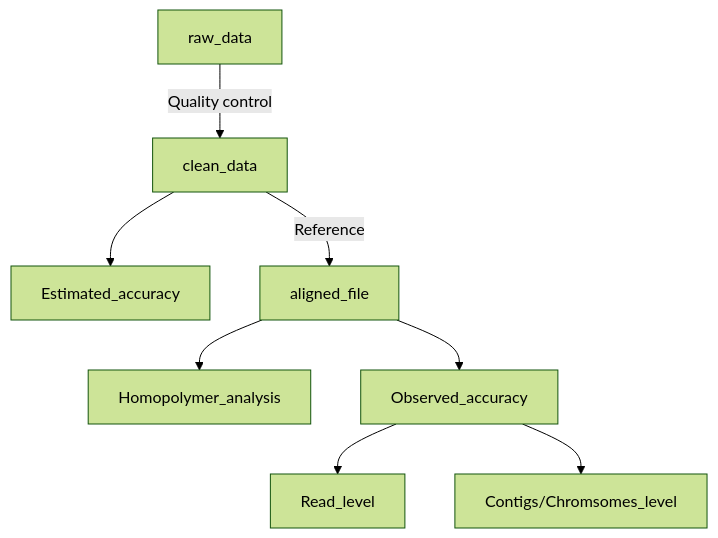
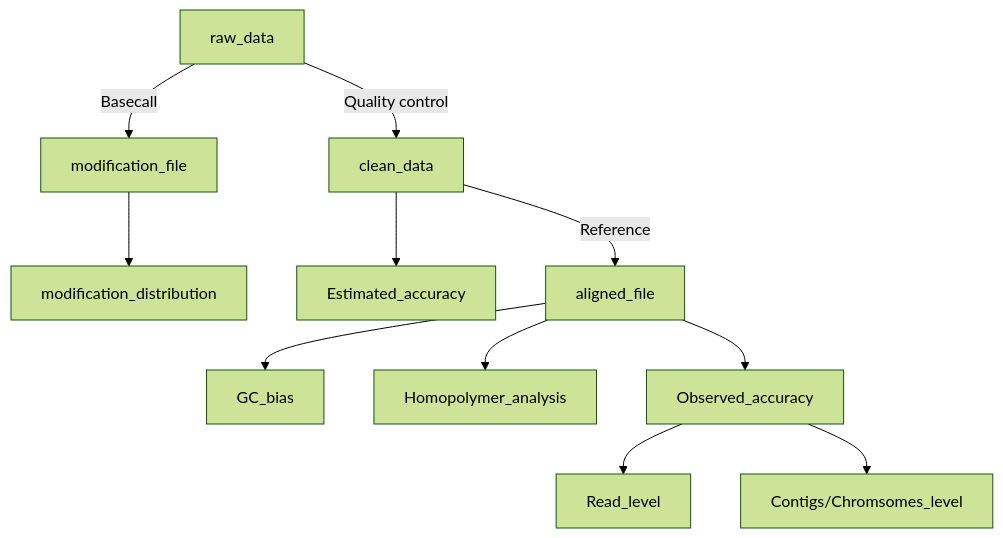
Before and after one commit to lxd98/Giraffe_View: the diagram in README.md, drawn with Mermaid (forest theme).

````diff
--- a/README.md
+++ b/README.md
@@ -7,10 +7,13 @@
 ```mermaid
 graph TD
 raw_data --> |Quality control| clean_data
+raw_data --> |Basecall| modification_file
+modification_file --> modification_distribution
 clean_data --> Estimated_accuracy
-clean_data --> |Reference| aligned_file 
+clean_data --> |Reference| aligned_file
+aligned_file --> GC_bias 
 aligned_file --> Homopolymer_analysis
 aligned_file --> Observed_accuracy
 Observed_accuracy --> Read_level
 Observed_accuracy --> Contigs/Chromsomes_level
 ```
````
